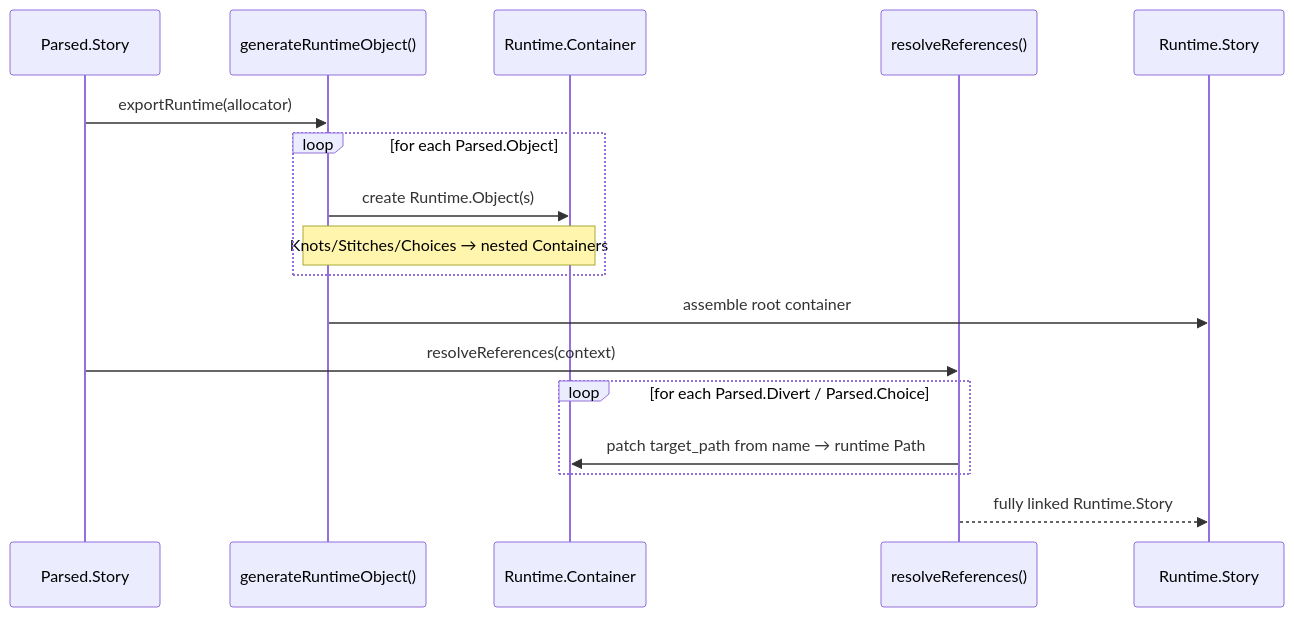
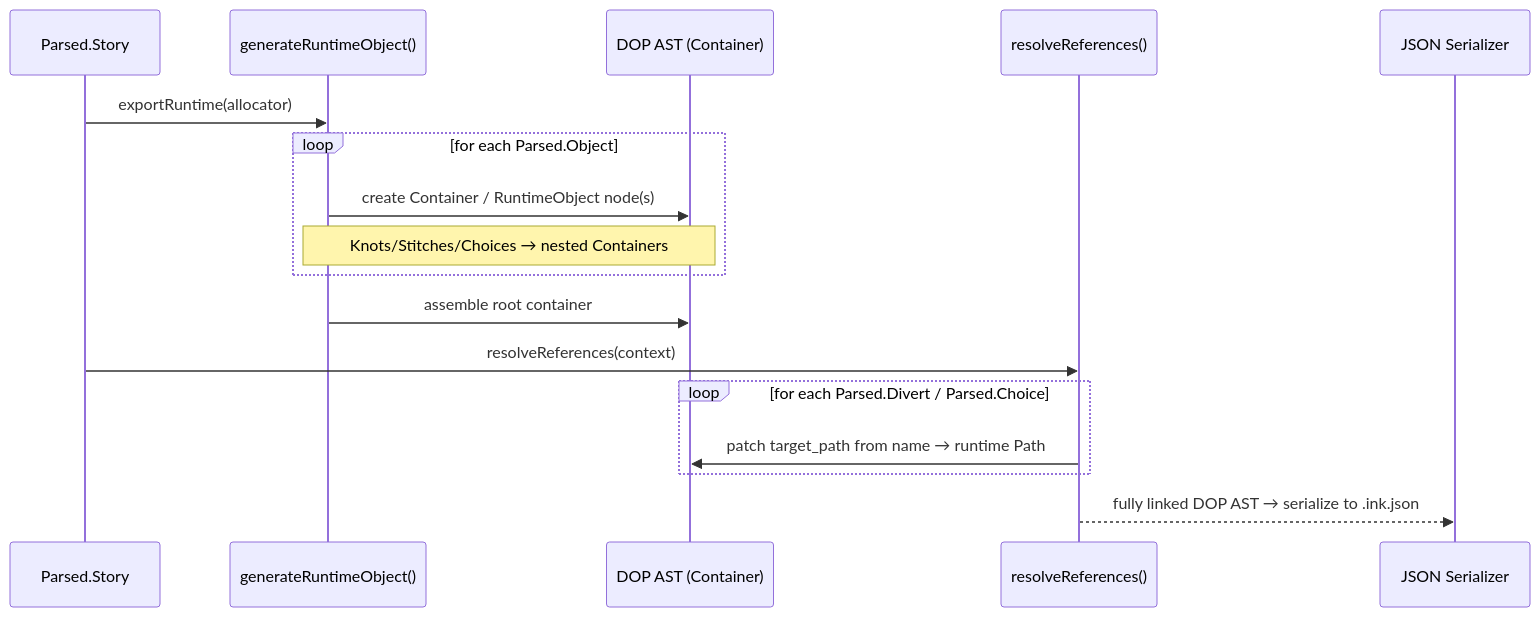
One commit to KreaturaArt/inkz changed the fifth of 8 diagrams in docs/Architecture.md. Above: the diagram before and after it, drawn with Mermaid. The commit also changed other lines of this file and 2 other files, not shown here.

First line of the commit message:
(docs) update architecture to reflect shared DOP AST and zero runtime allocation

````diff
--- a/docs/Architecture.md
+++ b/docs/Architecture.md
@@ -280,21 +280,21 @@
 ```mermaid
 sequenceDiagram
     participant P as Parsed.Story
     participant CG as generateRuntimeObject()
-    participant RC as Runtime.Container
+    participant DA as DOP AST (Container)
     participant RR as resolveReferences()
-    participant RS as Runtime.Story
+    participant JS as JSON Serializer
 
     P->>CG: exportRuntime(allocator)
     loop for each Parsed.Object
-        CG->>RC: create Runtime.Object(s)
-        Note over CG,RC: Knots/Stitches/Choices → nested Containers
+        CG->>DA: create Container / RuntimeObject node(s)
+        Note over CG,DA: Knots/Stitches/Choices → nested Containers
     end
-    CG->>RS: assemble root container
+    CG->>DA: assemble root container
 
     P->>RR: resolveReferences(context)
     loop for each Parsed.Divert / Parsed.Choice
-        RR->>RC: patch target_path from name → runtime Path
+        RR->>DA: patch target_path from name → runtime Path
     end
-    RR-->>RS: fully linked Runtime.Story
+    RR-->>JS: fully linked DOP AST → serialize to .ink.json
 ```
````
